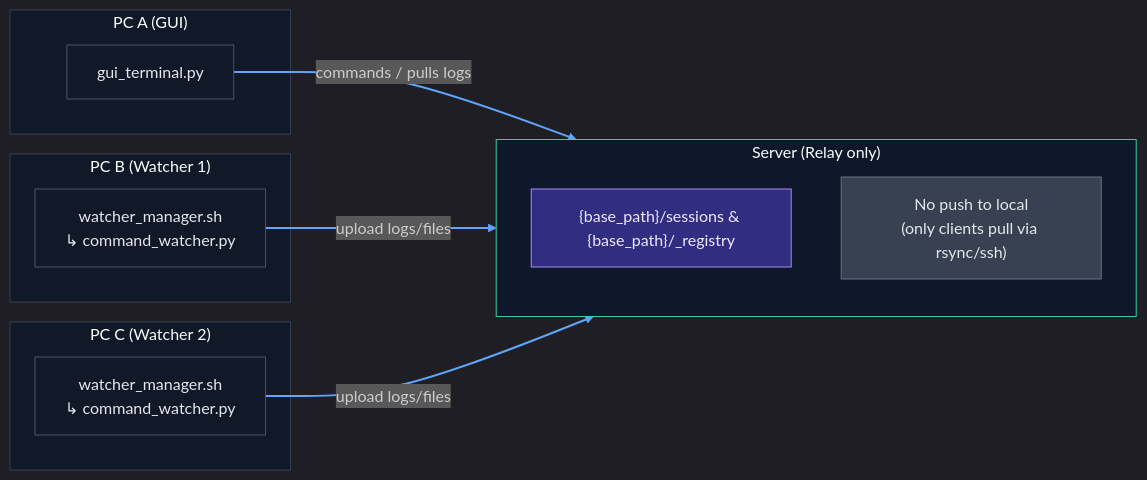
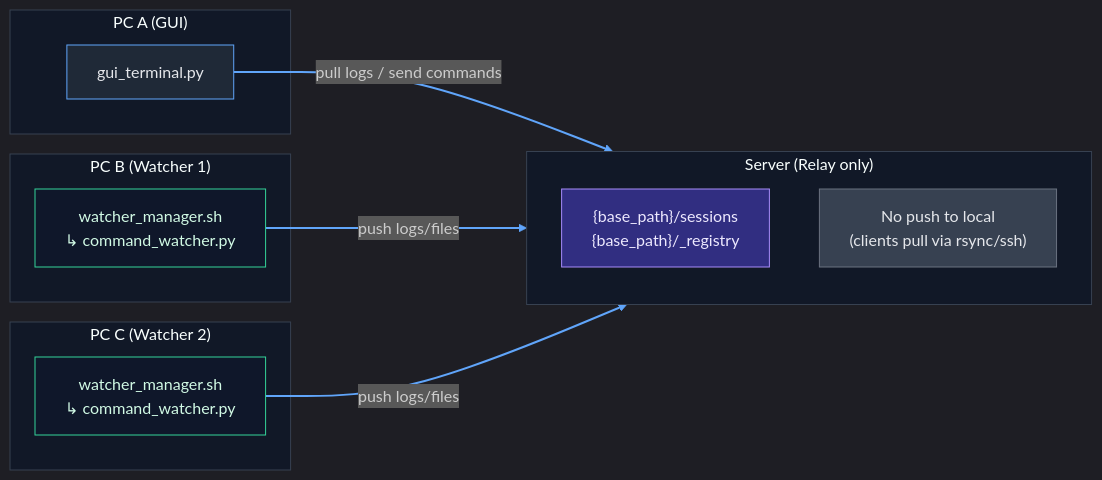
Before and after one commit to ri0097fx/SyncTerm-IDE: the diagram in README.md, drawn with Mermaid. The commit also changed other lines of this file, not shown here.

````diff
--- a/README.md
+++ b/README.md
@@ -21,39 +24,41 @@
 ```mermaid
 %%{init: {"theme": "dark"}}%%
 flowchart LR
   subgraph A["PC A (GUI)"]
     GUI["gui_terminal.py"]
   end
 
   subgraph S["Server (Relay only)"]
-    STORE["{base_path}/sessions & {base_path}/_registry"]
-    NOTE["No push to local\n(only clients pull via rsync/ssh)"]
+    STORE["{base_path}/sessions<br/>{base_path}/_registry"]
+    NOTE["No push to local<br/>(clients pull via rsync/ssh)"]
   end
 
   subgraph B["PC B (Watcher 1)"]
-    W1["watcher_manager.sh\n↳ command_watcher.py"]
+    W1["watcher_manager.sh<br/>↳ command_watcher.py"]
   end
 
   subgraph C["PC C (Watcher 2)"]
-    W2["watcher_manager.sh\n↳ command_watcher.py"]
+    W2["watcher_manager.sh<br/>↳ command_watcher.py"]
   end
 
-  GUI -->|"commands / pulls logs"| S
-  W1  -->|"upload logs/files"| S
-  W2  -->|"upload logs/files"| S
+  GUI -->|pull logs / send commands| S
+  W1  -->|push logs/files| S
+  W2  -->|push logs/files| S
 
-  classDef box fill:#111827,stroke:#4b5563,color:#e5e7eb;
+  classDef local   fill:#1f2937,stroke:#60a5fa,color:#e5e7eb;
+  classDef watcher fill:#0f172a,stroke:#34d399,color:#d1fae5;
   classDef storage fill:#312e81,stroke:#a78bfa,color:#ede9fe;
-  classDef note fill:#374151,stroke:#6b7280,color:#e5e7eb;
+  classDef note    fill:#374151,stroke:#6b7280,color:#e5e7eb;
 
-  class GUI,W1,W2 box
+  class GUI local
+  class W1,W2 watcher
   class STORE storage
   class NOTE note
 
   style A fill:#111827,stroke:#374151,stroke-width:1px
   style B fill:#111827,stroke:#374151,stroke-width:1px
   style C fill:#111827,stroke:#374151,stroke-width:1px
-  style S fill:#0f172a,stroke:#34d399,stroke-width:1px
+  style S fill:#111827,stroke:#374151,stroke-width:1px
 
   linkStyle default stroke:#60a5fa,stroke-width:2px
 ```
````
